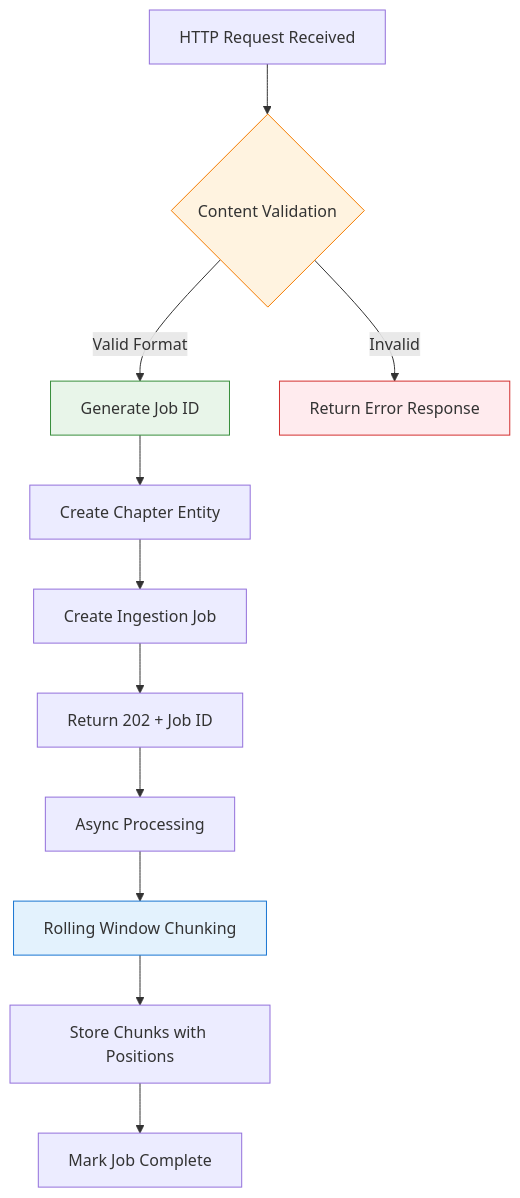
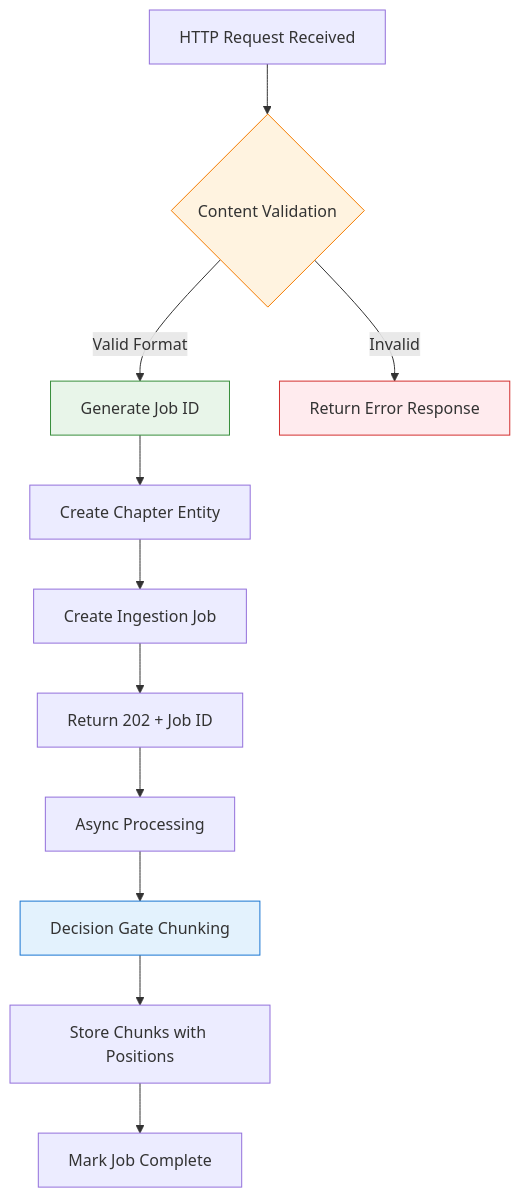
Before and after one commit to chaixdev/lorevault-kb: the first of 11 diagrams in docs/specs/content-ingestion-process.md, drawn with Mermaid. The commit also changed other lines of this file and 15 other files, not shown here.

First line of the commit message:
feat: implement specification-compliant text chunking with decision gate logic

````diff
--- a/docs/specs/content-ingestion-process.md
+++ b/docs/specs/content-ingestion-process.md
@@ -21,25 +21,25 @@
 ```mermaid
 flowchart TD
     START[HTTP Request Received]
     VALIDATE{Content Validation}
     ACCEPT[Generate Job ID]
     REJECT[Return Error Response]
     
     START --> VALIDATE
     VALIDATE -->|Valid Format| ACCEPT
     VALIDATE -->|Invalid| REJECT
     
     ACCEPT --> CREATE_CHAPTER[Create Chapter Entity]
     CREATE_CHAPTER --> CREATE_JOB[Create Ingestion Job]
     CREATE_JOB --> RESPONSE[Return 202 + Job ID]
     
     RESPONSE --> ASYNC_PROCESS[Async Processing]
-    ASYNC_PROCESS --> CHUNK_TEXT[Rolling Window Chunking]
+    ASYNC_PROCESS --> CHUNK_TEXT[Decision Gate Chunking]
     CHUNK_TEXT --> STORE_CHUNKS[Store Chunks with Positions]
     STORE_CHUNKS --> COMPLETE[Mark Job Complete]
     
     style VALIDATE fill:#fff3e0,stroke:#f57c00
     style ACCEPT fill:#e8f5e9,stroke:#388e3c
     style REJECT fill:#ffebee,stroke:#d32f2f
     style CHUNK_TEXT fill:#e3f2fd,stroke:#1976d2
 ```
````
